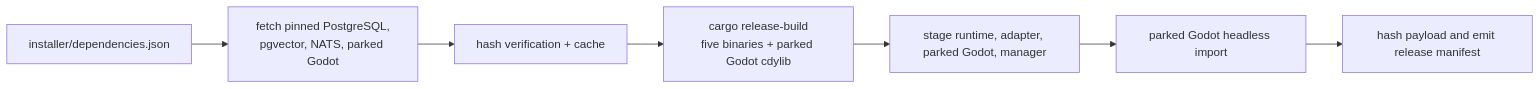
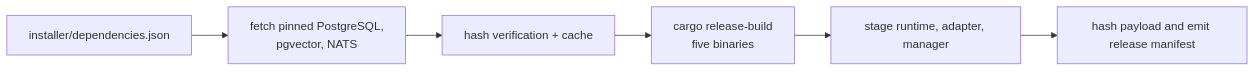
One commit to solarisael/the-athanor changed diagram 13 of 16 in docs/CODE_FLOW_MAP.md. Above: the diagram before and after it, drawn with Mermaid. The commit also changed other lines of this file and 431 other files, not shown here.

First line of the commit message:
Stop shipping the parked Godot client

````diff
--- a/docs/CODE_FLOW_MAP.md
+++ b/docs/CODE_FLOW_MAP.md
@@ -581,9 +576,8 @@
 ```mermaid
 flowchart LR
-    Pins["installer/dependencies.json"] --> Fetch["fetch pinned PostgreSQL,<br/>pgvector, NATS, parked Godot"]
+    Pins["installer/dependencies.json"] --> Fetch["fetch pinned PostgreSQL,<br/>pgvector, NATS"]
     Fetch --> Verify["hash verification + cache"]
-    Verify --> Cargo["cargo release-build<br/>five binaries + parked Godot cdylib"]
-    Cargo --> Stage["stage runtime, adapter, parked Godot, manager"]
-    Stage --> Import["parked Godot headless import"]
-    Import --> Manifest["hash payload and emit release manifest"]
+    Verify --> Cargo["cargo release-build<br/>five binaries"]
+    Cargo --> Stage["stage runtime, adapter, manager"]
+    Stage --> Manifest["hash payload and emit release manifest"]
 ```
````
